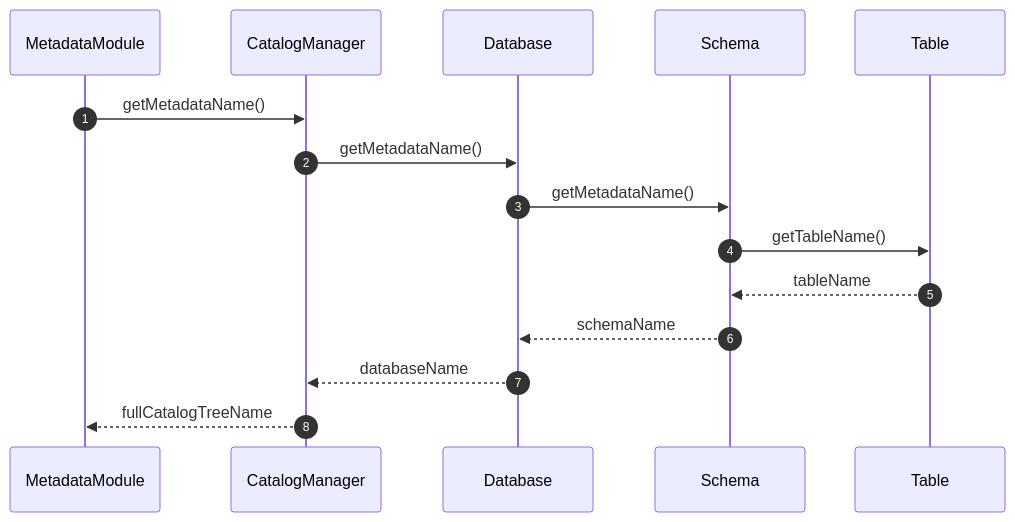
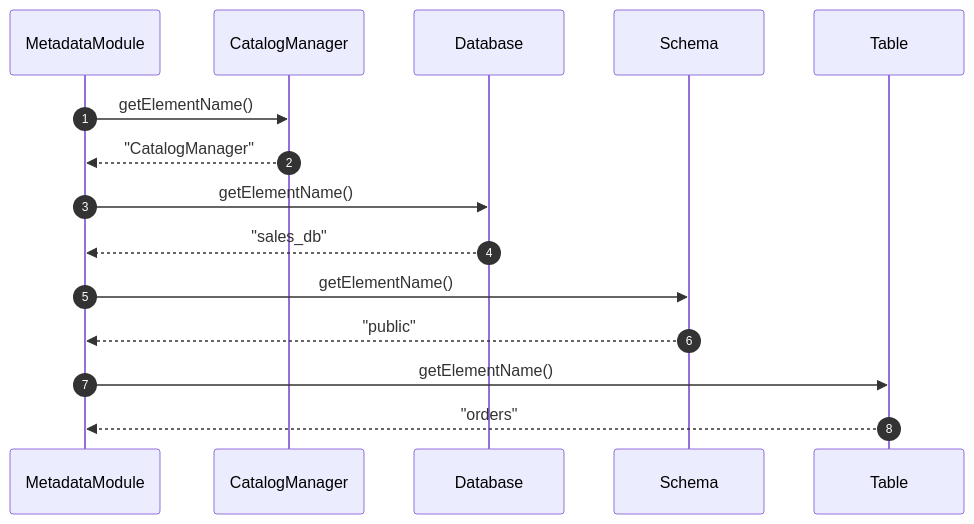
The third of 15 diagrams in docs/design_patterns/metadata/Sequece.md (Dikhang1112/Database_Management_BBV), drawn with Mermaid before and after one commit. The commit also changed other lines of this file and 2 other files, not shown here.

Commit message:
Refactor class diagram follow desgin pattern and document

````diff
--- a/docs/design_patterns/metadata/Sequece.md
+++ b/docs/design_patterns/metadata/Sequece.md
@@ -125,18 +65,18 @@
 ```mermaid
 sequenceDiagram
     autonumber
     participant Module as MetadataModule
     participant CM as CatalogManager
     participant DB as Database
     participant Schema as Schema
     participant Table as Table
 
-    Module->>CM: getMetadataName()
-    CM->>DB: getMetadataName()
-    DB->>Schema: getMetadataName()
-    Schema->>Table: getTableName()
-    Table-->>Schema: tableName
-    Schema-->>DB: schemaName
-    DB-->>CM: databaseName
-    CM-->>Module: fullCatalogTreeName
+    Module->>CM: getElementName()
+    CM-->>Module: "CatalogManager"
+    Module->>DB: getElementName()
+    DB-->>Module: "sales_db"
+    Module->>Schema: getElementName()
+    Schema-->>Module: "public"
+    Module->>Table: getElementName()
+    Table-->>Module: "orders"
 ```
````
